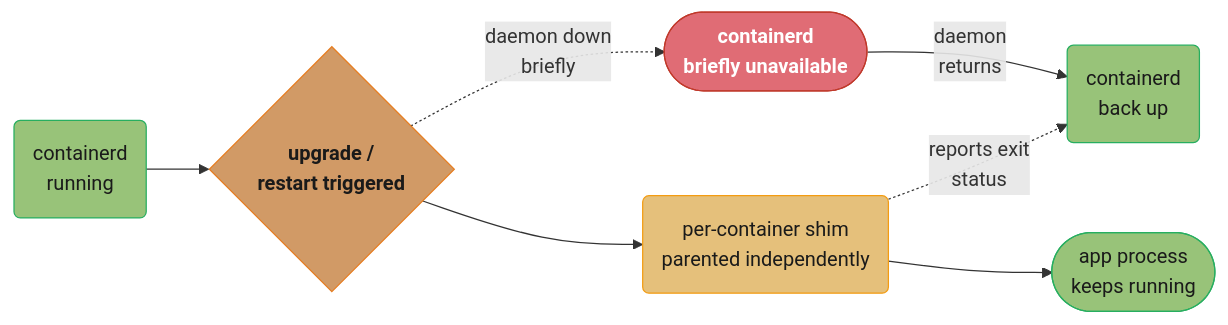
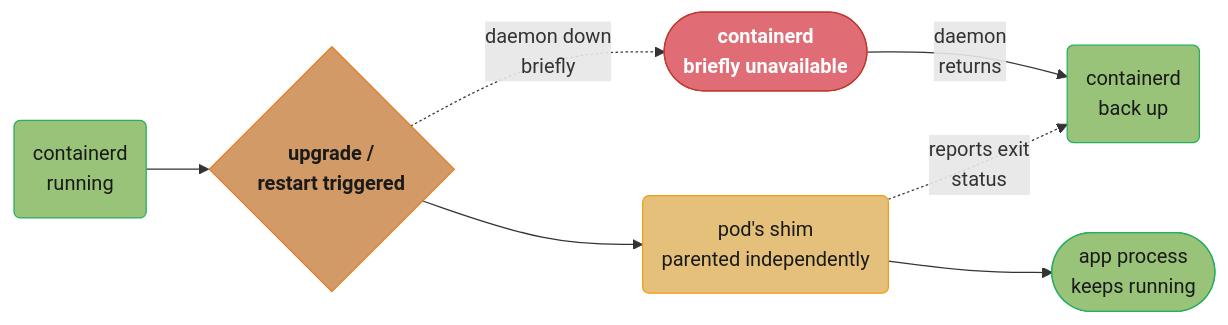
The third of 5 diagrams in src/main/java/com/rutik/systemdesign/devops/container_runtimes_and_oci/container_runtimes_and_oci.md (rppol/system-design), drawn with Mermaid before and after one commit. The commit also changed other lines of this file and 32 other files, not shown here.

````diff
--- a/src/main/java/com/rutik/systemdesign/devops/container_runtimes_and_oci/container_runtimes_and_oci.md
+++ b/src/main/java/com/rutik/systemdesign/devops/container_runtimes_and_oci/container_runtimes_and_oci.md
@@ -176,23 +176,23 @@
 ```mermaid
 flowchart LR
     classDef io      fill:#61afef,stroke:#2e86c1,color:#1a1a1a,font-weight:bold
     classDef frozen  fill:#c678dd,stroke:#9b59b6,color:#fff
     classDef train   fill:#98c379,stroke:#27ae60,color:#1a1a1a
     classDef mathOp  fill:#d19a66,stroke:#e67e22,color:#1a1a1a,font-weight:bold
     classDef lossN   fill:#e06c75,stroke:#c0392b,color:#fff,font-weight:bold
     classDef req     fill:#56b6c2,stroke:#0097a7,color:#1a1a1a
     classDef base    fill:#e5c07b,stroke:#f39c12,color:#1a1a1a
 
     running("containerd<br/>running") --> upgrade{"upgrade /<br/>restart triggered"}
     upgrade -.->|"daemon down<br/>briefly"| down(["containerd<br/>briefly unavailable"])
-    upgrade --> shim("per-container shim<br/>parented independently")
+    upgrade --> shim("pod's shim<br/>parented independently")
     shim --> proc(["app process<br/>keeps running"])
     down -->|"daemon<br/>returns"| back("containerd<br/>back up")
     shim -.->|"reports exit<br/>status"| back
 
     class running,back train
     class upgrade mathOp
     class down lossN
     class shim base
     class proc train
 ```
````
